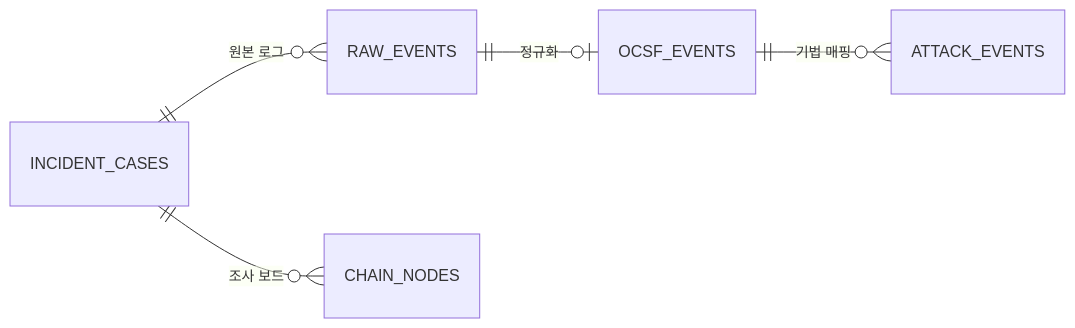
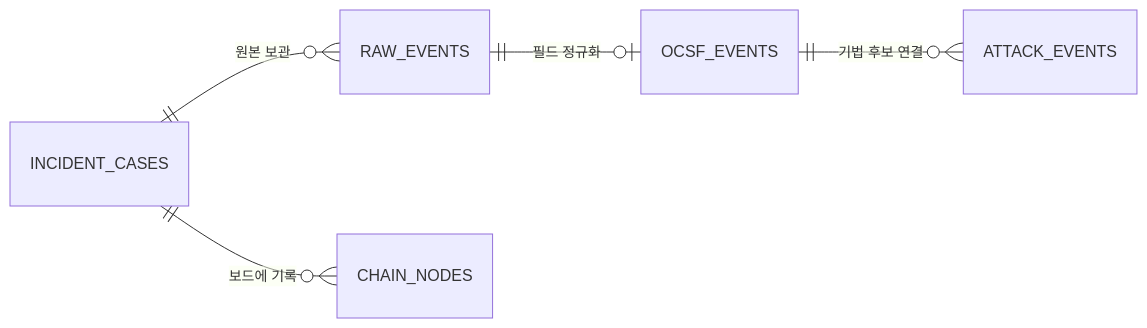
Before and after one commit to acvbbnm/cloud: the second of 2 diagrams in docs/investigation-board.md, drawn with Mermaid. The commit also changed other lines of this file and 26 other files, not shown here.

```diff
--- a/docs/investigation-board.md
+++ b/docs/investigation-board.md
@@ -24,8 +24,8 @@
 ~~~mermaid
 erDiagram
     direction LR
-    INCIDENT_CASES ||--o{ RAW_EVENTS : "원본 로그"
-    RAW_EVENTS ||--o| OCSF_EVENTS : "정규화"
-    OCSF_EVENTS ||--o{ ATTACK_EVENTS : "기법 매핑"
-    INCIDENT_CASES ||--o{ CHAIN_NODES : "조사 보드"
+    INCIDENT_CASES ||--o{ RAW_EVENTS : "원본 보관"
+    RAW_EVENTS ||--o| OCSF_EVENTS : "필드 정규화"
+    OCSF_EVENTS ||--o{ ATTACK_EVENTS : "기법 후보 연결"
+    INCIDENT_CASES ||--o{ CHAIN_NODES : "보드에 기록"
 ~~~
```
